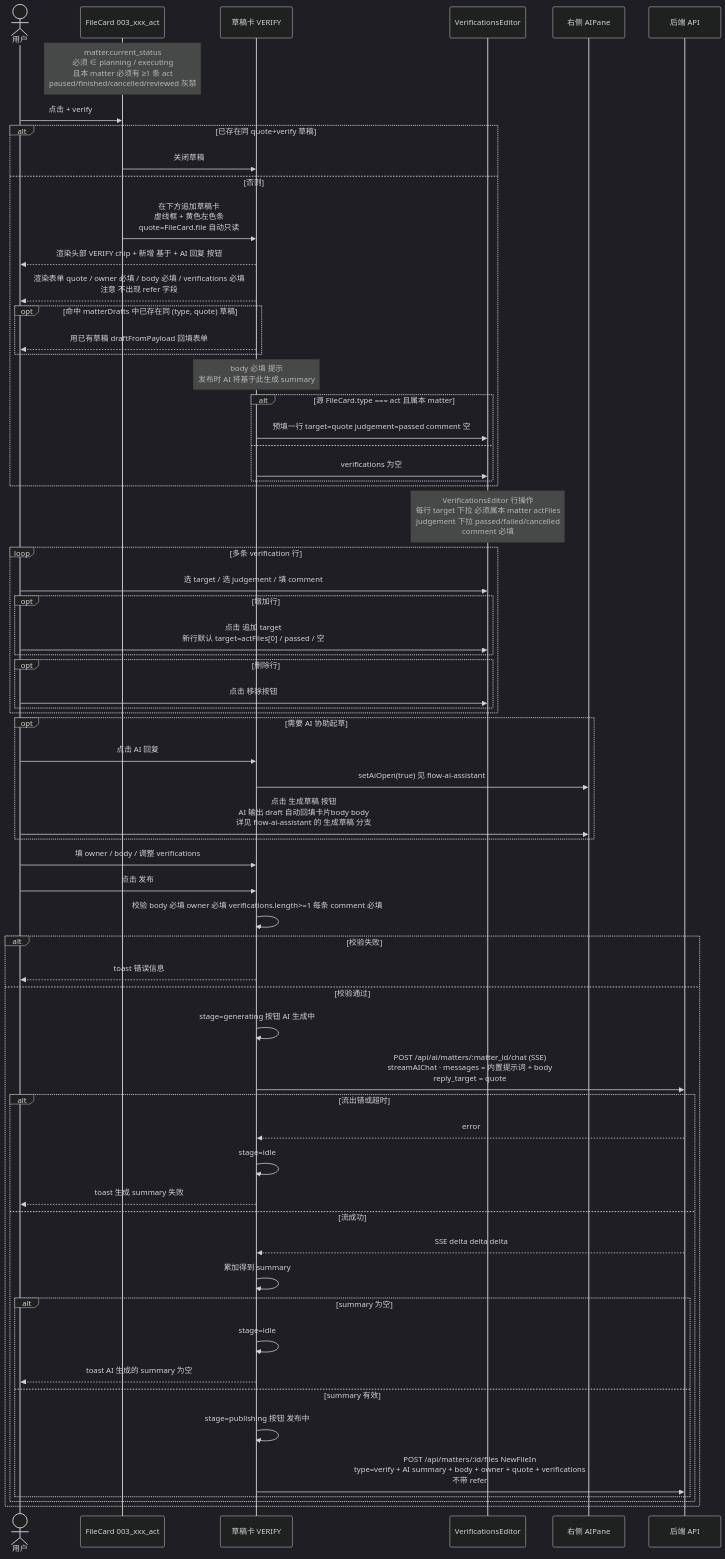
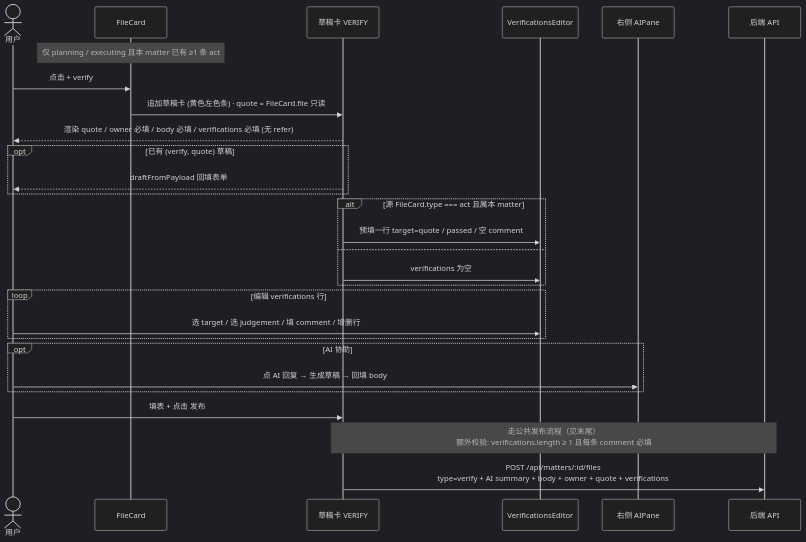
The third of 6 diagrams in AI-docs/workflow-interaction/flow-cards-all.md (Tjk666Tjk6660/team-pivot-web), drawn with Mermaid (dark theme) before and after one commit. The commit also changed other lines of this file and 2 other files, not shown here.

Commit message:
docs(matter): add workflow-interaction sequence diagram

````diff
--- a/AI-docs/workflow-interaction/flow-cards-all.md
+++ b/AI-docs/workflow-interaction/flow-cards-all.md
@@ -133,76 +87,37 @@
 ```mermaid
 sequenceDiagram
   actor U as 用户
-  participant FC as FileCard 003_xxx_act
+  participant FC as FileCard
   participant DC as 草稿卡 VERIFY
   participant VE as VerificationsEditor
   participant AP as 右侧 AIPane
   participant API as 后端 API
 
-  Note over FC: matter.current_status<br/>必须 ∈ planning / executing<br/>且本 matter 必须有 ≥1 条 act<br/>paused/finished/cancelled/reviewed 灰禁
+  Note over FC: 仅 planning / executing 且本 matter 已有 ≥1 条 act
 
   U->>FC: 点击 + verify
-  alt 已存在同 quote+verify 草稿
-    FC->>DC: 关闭草稿
-  else 否则
-    FC->>DC: 在下方追加草稿卡<br/>虚线框 + 黄色左色条<br/>quote=FileCard.file 自动只读
-    DC-->>U: 渲染头部 VERIFY chip + 新增 基于 + AI 回复 按钮
-    DC-->>U: 渲染表单 quote / owner 必填 / body 必填 / verifications 必填<br/>注意 不出现 refer 字段
-    opt 命中 matterDrafts 中已存在同 (type, quote) 草稿
-      DC-->>U: 用已有草稿 draftFromPayload 回填表单
-    end
-    Note over DC: body 必填 提示<br/>发布时 AI 将基于此生成 summary
+  FC->>DC: 追加草稿卡 (黄色左色条) · quote = FileCard.file 只读
+  DC-->>U: 渲染 quote / owner 必填 / body 必填 / verifications 必填 (无 refer)
 
-    alt 源 FileCard.type === act 且属本 matter
-      DC->>VE: 预填一行 target=quote judgement=passed comment 空
-    else
-      DC->>VE: verifications 为空
-    end
+  opt 已有 (verify, quote) 草稿
+    DC-->>U: draftFromPayload 回填表单
   end
 
-  Note over VE: VerificationsEditor 行操作<br/>每行 target 下拉 必须属本 matter actFiles<br/>judgement 下拉 passed/failed/cancelled<br/>comment 必填
-
-  loop 多条 verification 行
-    U->>VE: 选 target / 选 judgement / 填 comment
-    opt 增加行
-      U->>VE: 点击 追加 target<br/>新行默认 target=actFiles[0] / passed / 空
-    end
-    opt 删除行
-      U->>VE: 点击 移除按钮
-    end
+  alt 源 FileCard.type === act 且属本 matter
+    DC->>VE: 预填一行 target=quote / passed / 空 comment
+  else
+    DC->>VE: verifications 为空
   end
 
-  opt 需要 AI 协助起草
-    U->>DC: 点击 AI 回复
-    DC->>AP: setAiOpen(true) 见 flow-ai-assistant
-    U->>AP: 点击 生成草稿 按钮<br/>AI 输出 draft 自动回填卡片body body<br/>详见 flow-ai-assistant 的 生成草稿 分支
+  loop 编辑 verifications 行
+    U->>VE: 选 target / 选 judgement / 填 comment / 增删行
   end
 
-  U->>DC: 填 owner / body / 调整 verifications
-  U->>DC: 点击 发布
+  opt AI 协助
+    U->>AP: 点 AI 回复 → 生成草稿 → 回填 body
+  end
 
-  DC->>DC: 校验 body 必填 owner 必填 verifications.length>=1 每条 comment 必填
-  alt 校验失败
-    DC-->>U: toast 错误信息
-  else 校验通过
-    DC->>DC: stage=generating 按钮 AI 生成中
-
-    DC->>API: POST /api/ai/matters/:matter_id/chat (SSE)<br/>streamAIChat · messages = 内置提示词 + body<br/>reply_target = quote
-    alt 流出错或超时
-      API-->>DC: error
-      DC->>DC: stage=idle
-      DC-->>U: toast 生成 summary 失败
-    else 流成功
-      API-->>DC: SSE delta delta delta
-      DC->>DC: 累加得到 summary
-
-      alt summary 为空
-        DC->>DC: stage=idle
-        DC-->>U: toast AI 生成的 summary 为空
-      else summary 有效
-        DC->>DC: stage=publishing 按钮 发布中
-        DC->>API: POST /api/matters/:id/files NewFileIn<br/>type=verify + AI summary + body + owner + quote + verifications<br/>不带 refer
-      end
-    end
-  end
+  U->>DC: 填表 + 点击 发布
+  Note over DC,API: 走公共发布流程（见末尾）<br/>额外校验: verifications.length ≥ 1 且每条 comment 必填
+  DC->>API: POST /api/matters/:id/files<br/>type=verify + AI summary + body + owner + quote + verifications
 ```
````
